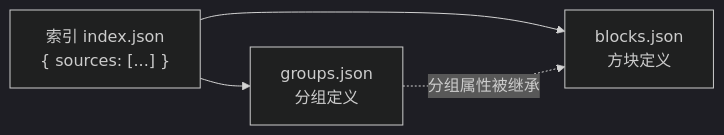
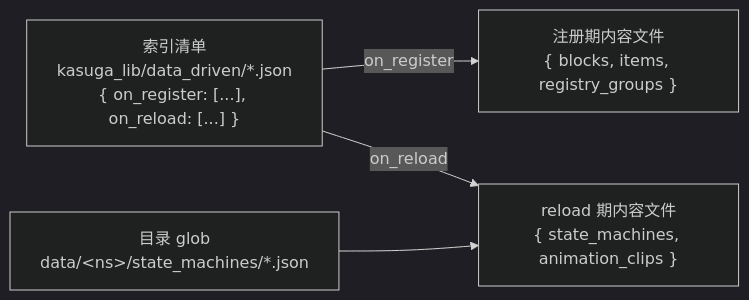
Before and after one commit to KasugaLibGroup/KasugaLibNext: the diagram in doc/data-driven/guide-content.md, drawn with Mermaid (dark theme). The commit also changed other lines of this file and 5 other files, not shown here.

First line of the commit message:
docs: sync data-driven and FSM docs with the reload implementation

````diff
--- a/doc/data-driven/guide-content.md
+++ b/doc/data-driven/guide-content.md
@@ -29,6 +23,8 @@
 ```mermaid
 flowchart LR
-    A["索引 index.json<br>{ sources: [...] }"] --> B["groups.json<br>分组定义"]
-    A --> C["blocks.json<br>方块定义"]
-    B -. 分组属性被继承 .-> C
+    IDX["索引清单<br>kasuga_lib/data_driven/*.json<br>{ on_register: [...], on_reload: [...] }"]
+    IDX -->|on_register| REG["注册期内容文件<br>{ blocks, items, registry_groups }"]
+    IDX -->|on_reload| REL["reload 期内容文件<br>{ state_machines, animation_clips }"]
+    GLOB["目录 glob<br>data/&lt;ns&gt;/state_machines/*.json"]
+    GLOB --> REL
 ```
````
